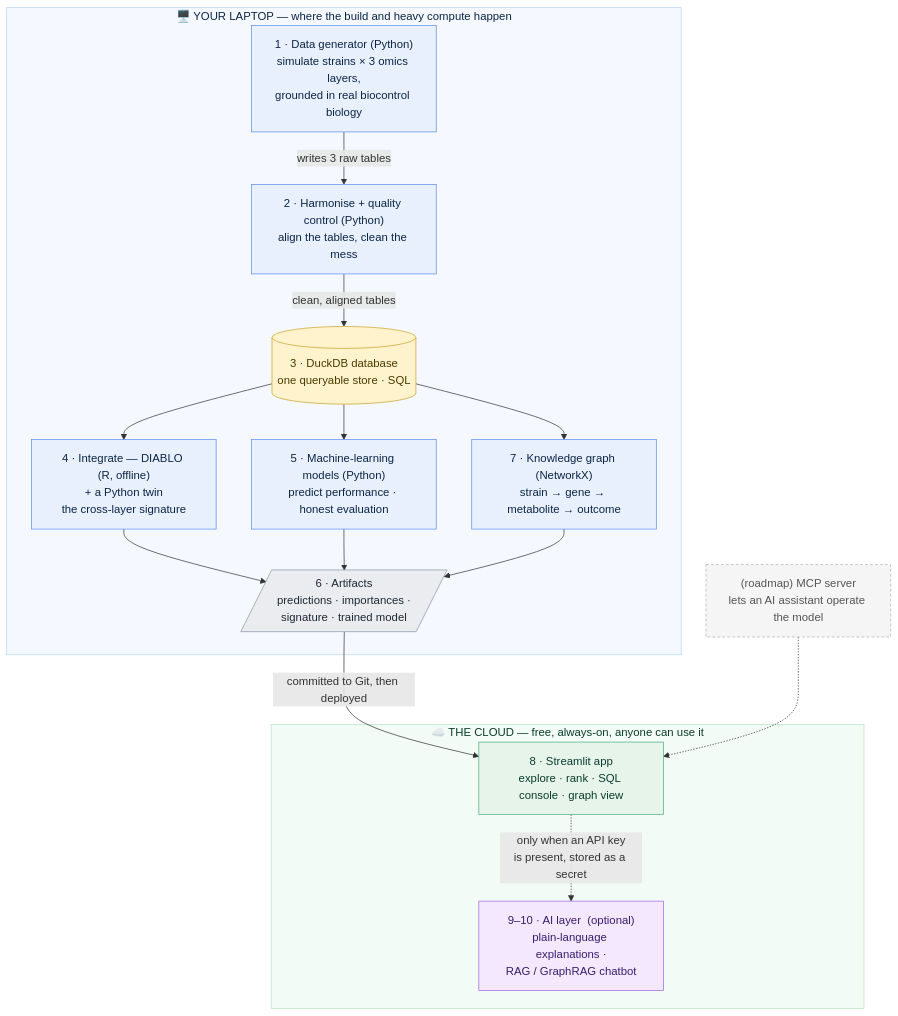
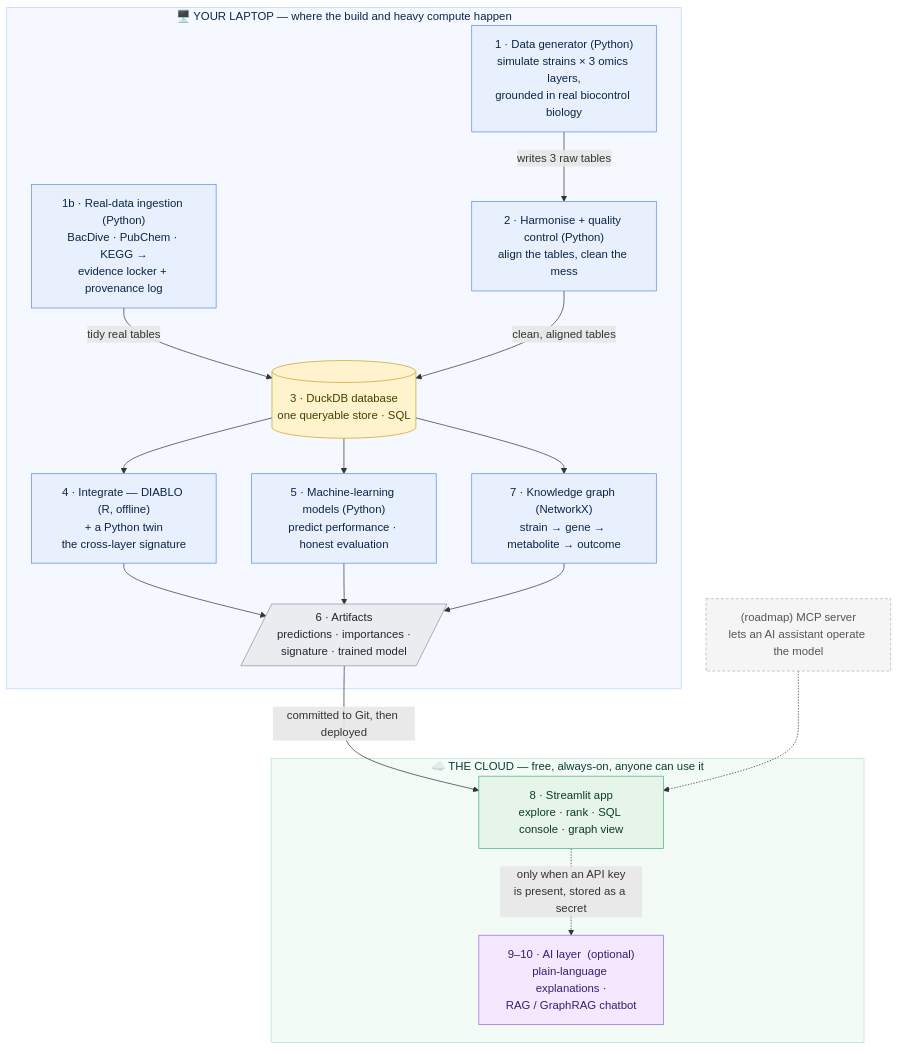
Before and after one commit to akannan2987/strainscope: the diagram in docs/00-architecture.md, drawn with Mermaid. The commit also changed other lines of this file and 17 other files, not shown here.

Commit message:
feat: add real-data ingestion framework with BacDive, PubChem, and KEGG adapters

````diff
--- a/docs/00-architecture.md
+++ b/docs/00-architecture.md
@@ -64,44 +64,46 @@
 ```mermaid
 flowchart TD
     subgraph LAPTOP["🖥️  YOUR LAPTOP — where the build and heavy compute happen"]
         A["1 · Data generator (Python)<br/>simulate strains × 3 omics layers,<br/>grounded in real biocontrol biology"]
+        R["1b · Real-data ingestion (Python)<br/>BacDive · PubChem · KEGG →<br/>evidence locker + provenance log"]
         B["2 · Harmonise + quality control (Python)<br/>align the tables, clean the mess"]
         C[("3 · DuckDB database<br/>one queryable store · SQL")]
         D["4 · Integrate — DIABLO (R, offline)<br/>+ a Python twin<br/>the cross-layer signature"]
         E["5 · Machine-learning models (Python)<br/>predict performance · honest evaluation"]
         F["7 · Knowledge graph (NetworkX)<br/>strain → gene → metabolite → outcome"]
         G[/"6 · Artifacts<br/>predictions · importances ·<br/>signature · trained model"/]
     end
     subgraph CLOUD["☁️  THE CLOUD — free, always-on, anyone can use it"]
         H["8 · Streamlit app<br/>explore · rank · SQL console · graph view"]
         I["9–10 · AI layer  (optional)<br/>plain-language explanations ·<br/>RAG / GraphRAG chatbot"]
     end
     M["(roadmap) MCP server<br/>lets an AI assistant operate the model"]
 
     A -->|writes 3 raw tables| B
+    R -->|tidy real tables| C
     B -->|clean, aligned tables| C
     C --> D
     C --> E
     C --> F
     D --> G
     E --> G
     F --> G
     G -->|committed to Git, then deployed| H
     H -.->|only when an API key<br/>is present, stored as a secret| I
     M -.-> H
 
     classDef laptop fill:#E8F0FE,stroke:#5B8DEF,color:#0B2545;
     classDef store fill:#FFF3CD,stroke:#C9A227,color:#4A3B00;
     classDef artifact fill:#EAECEF,stroke:#8A94A6,color:#1F2933;
     classDef cloud fill:#E6F4EA,stroke:#4CAF7D,color:#0B3D2E;
     classDef ai fill:#F3E8FD,stroke:#9C6ADE,color:#3A1D6E;
     classDef roadmap fill:#F5F5F5,stroke:#B0B0B0,color:#555555,stroke-dasharray:4 3;
-    class A,B,D,E,F laptop
+    class A,B,D,E,F,R laptop
     class C store
     class G artifact
     class H cloud
     class I ai
     class M roadmap
     style LAPTOP fill:#F5F9FF,stroke:#B9D2FF,color:#0B2545
     style CLOUD fill:#F2FBF5,stroke:#B7E4C7,color:#0B3D2E
 ```
````
